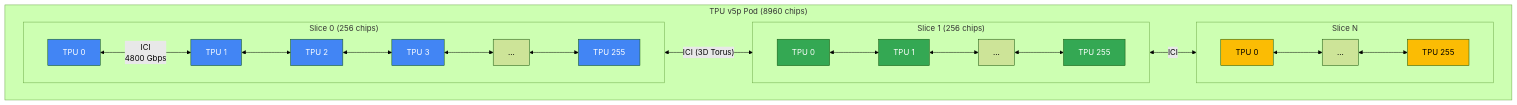
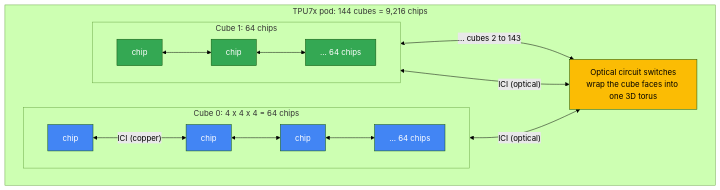
One commit to Hmago/ml4 changed the third of 3 diagrams in content/29_gpus_tpus_infrastructure.md. Above: the diagram before and after it, drawn with Mermaid (forest theme). The commit also changed other lines of this file and 200 other files, not shown here.

````diff
--- a/content/29_gpus_tpus_infrastructure.md
+++ b/content/29_gpus_tpus_infrastructure.md
@@ -767,38 +1438,30 @@
 ```mermaid
 graph TB
-    subgraph "TPU v5p Pod (8960 chips)"
-        subgraph "Slice 0 (256 chips)"
+    subgraph POD["TPU7x pod: 144 cubes = 9,216 chips"]
+        subgraph C0["Cube 0: 4 x 4 x 4 = 64 chips"]
             direction LR
-            T0["TPU 0"] <-->|"ICI<br/>4800 Gbps"| T1["TPU 1"]
-            T1 <--> T2["TPU 2"]
-            T2 <--> T3["TPU 3"]
-            T3 <--> T4["..."]
-            T4 <--> T5["TPU 255"]
+            A0["chip"] <-->|"ICI (copper)"| A1["chip"]
+            A1 <--> A2["chip"]
+            A2 <--> A3["... 64 chips"]
         end
-        subgraph "Slice 1 (256 chips)"
+        subgraph C1["Cube 1: 64 chips"]
             direction LR
-            S0["TPU 0"] <--> S1["TPU 1"]
-            S1 <--> S2["..."]
-            S2 <--> S3["TPU 255"]
+            B0["chip"] <--> B1["chip"]
+            B1 <--> B2["... 64 chips"]
         end
-        subgraph "Slice N"
-            direction LR
-            N0["TPU 0"] <--> N1["..."]
-            N1 <--> N2["TPU 255"]
-        end
+        OCS["Optical circuit switches<br/>wrap the cube faces into one 3D torus"]
     end
 
-    T5 <-->|"ICI (3D Torus)"| S0
-    S3 <-->|"ICI"| N0
+    A3 <-->|"ICI (optical)"| OCS
+    OCS <-->|"ICI (optical)"| B0
+    B2 <-->|"... cubes 2 to 143"| OCS
 
-    style T0 fill:#4285f4,color:#fff
-    style T1 fill:#4285f4,color:#fff
-    style T2 fill:#4285f4,color:#fff
-    style T3 fill:#4285f4,color:#fff
-    style T5 fill:#4285f4,color:#fff
-    style S0 fill:#34a853,color:#fff
-    style S1 fill:#34a853,color:#fff
-    style S3 fill:#34a853,color:#fff
-    style N0 fill:#fbbc04,color:#000
-    style N2 fill:#fbbc04,color:#000
+    style A0 fill:#4285f4,color:#fff
+    style A1 fill:#4285f4,color:#fff
+    style A2 fill:#4285f4,color:#fff
+    style A3 fill:#4285f4,color:#fff
+    style B0 fill:#34a853,color:#fff
+    style B1 fill:#34a853,color:#fff
+    style B2 fill:#34a853,color:#fff
+    style OCS fill:#fbbc04,color:#000
 ```
````
